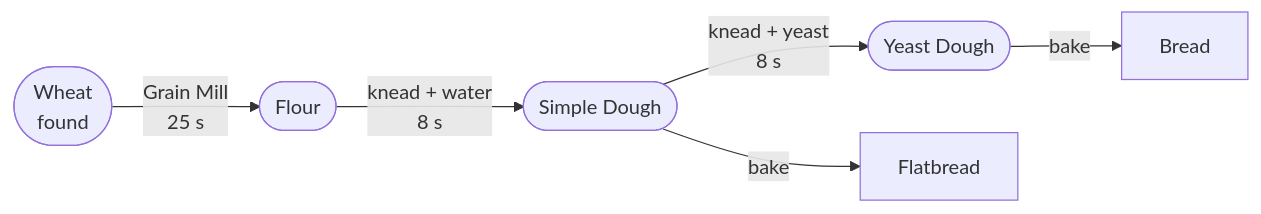
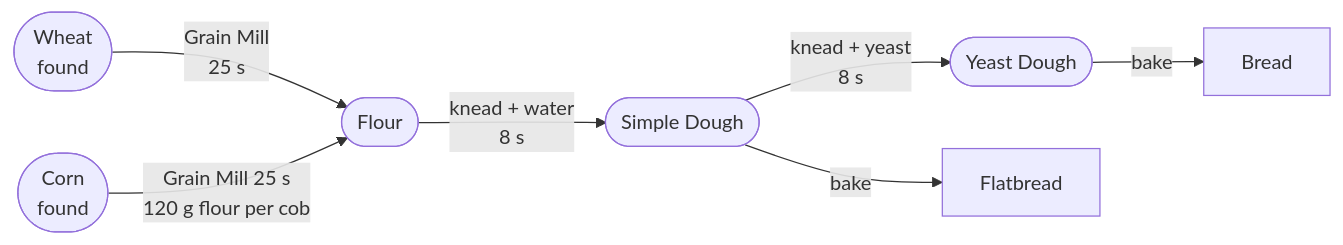
The first of 13 diagrams in ChefZ_Wiki/Production-Chains.md (Psyern/Psyerns_ChefZ), drawn with Mermaid before and after one commit. The commit also changed other lines of this file and 47 other files, not shown here.

First line of the commit message:
Corn joins the found plants, dill leaves, the wiki follows

````diff
--- a/ChefZ_Wiki/Production-Chains.md
+++ b/ChefZ_Wiki/Production-Chains.md
@@ -37,8 +35,9 @@
 ```mermaid
 graph LR
   W(["Wheat<br/>found"]) -->|Grain Mill<br/>25 s| F(["Flour"])
+  CO(["Corn<br/>found"]) -->|"Grain Mill 25 s<br/>120 g flour per cob"| F
   F -->|"knead + water<br/>8 s"| SD(["Simple Dough"])
   SD -->|"knead + yeast<br/>8 s"| YD(["Yeast Dough"])
   YD -->|"bake"| B["Bread"]
   SD -->|"bake"| FB["Flatbread"]
 ```
````
